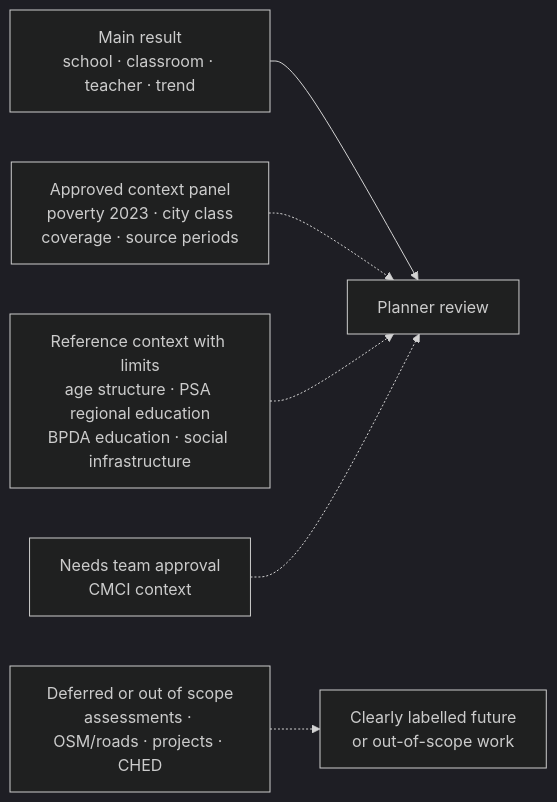
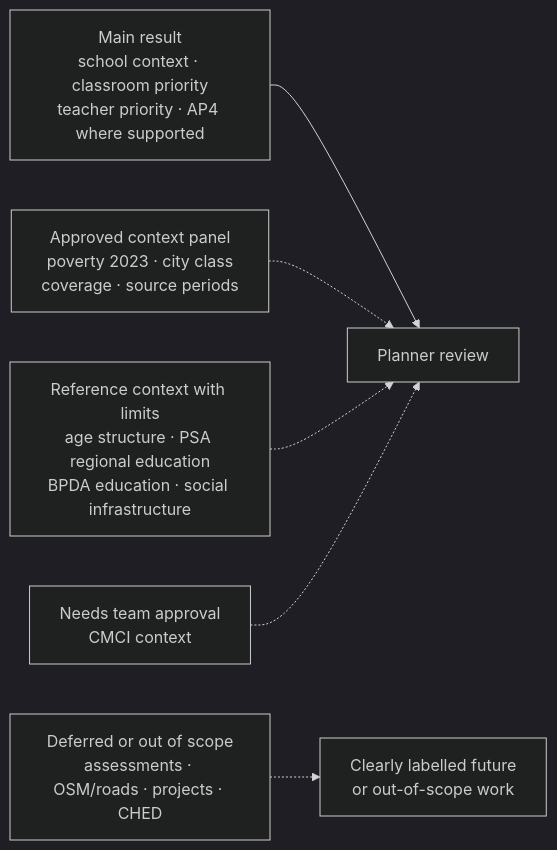
Before and after one commit to reached-hq/edu-access-intelligence: the third of 3 diagrams in docs/business/dataset-use-map.md, drawn with Mermaid (dark theme). The commit also changed other lines of this file and 4 other files, not shown here.

````diff
--- a/docs/business/dataset-use-map.md
+++ b/docs/business/dataset-use-map.md
@@ -148,8 +165,8 @@
 ```mermaid
 flowchart LR
-    R["Main result<br/>school · classroom · teacher · trend"] --> P["Planner review"]
+    R["Main result<br/>school context · classroom priority<br/>teacher priority · AP4 where supported"] --> P["Planner review"]
     C["Approved context panel<br/>poverty 2023 · city class<br/>coverage · source periods"] -.-> P
     L["Reference context with limits<br/>age structure · PSA regional education<br/>BPDA education · social infrastructure"] -.-> P
     A["Needs team approval<br/>CMCI context"] -.-> P
     N["Deferred or out of scope<br/>assessments · OSM/roads · projects · CHED"] -.-> X["Clearly labelled future<br/>or out-of-scope work"]
 ```
````
